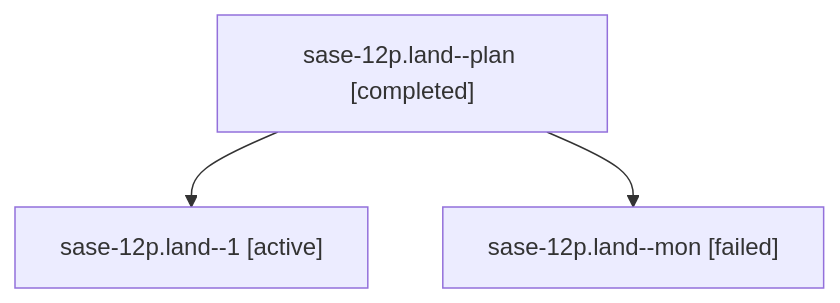
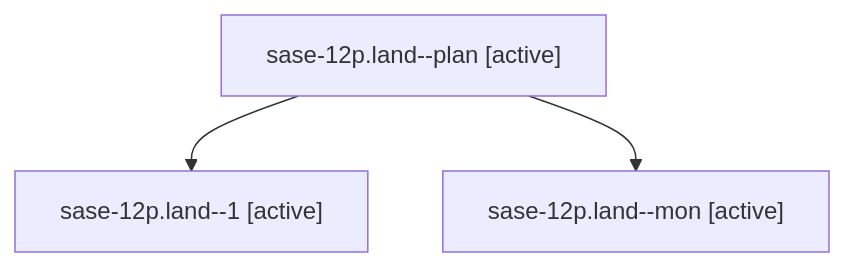
Before and after one commit to sase-org/sase--agents: the diagram in families/bbugyi200.athena.sase-12p.land.md, drawn with Mermaid. The commit also changed other lines of this file and 35830 other files, not shown here.

````diff
--- a/families/bbugyi200.athena.sase-12p.land.md
+++ b/families/bbugyi200.athena.sase-12p.land.md
@@ -9,8 +9,8 @@
 ```mermaid
 flowchart TD
-  n0["sase-12p.land--plan [completed]"]
+  n0["sase-12p.land--plan [active]"]
   n1["sase-12p.land--1 [active]"]
   n0 --> n1
-  n2["sase-12p.land--mon [failed]"]
+  n2["sase-12p.land--mon [active]"]
   n0 --> n2
 ```
````
